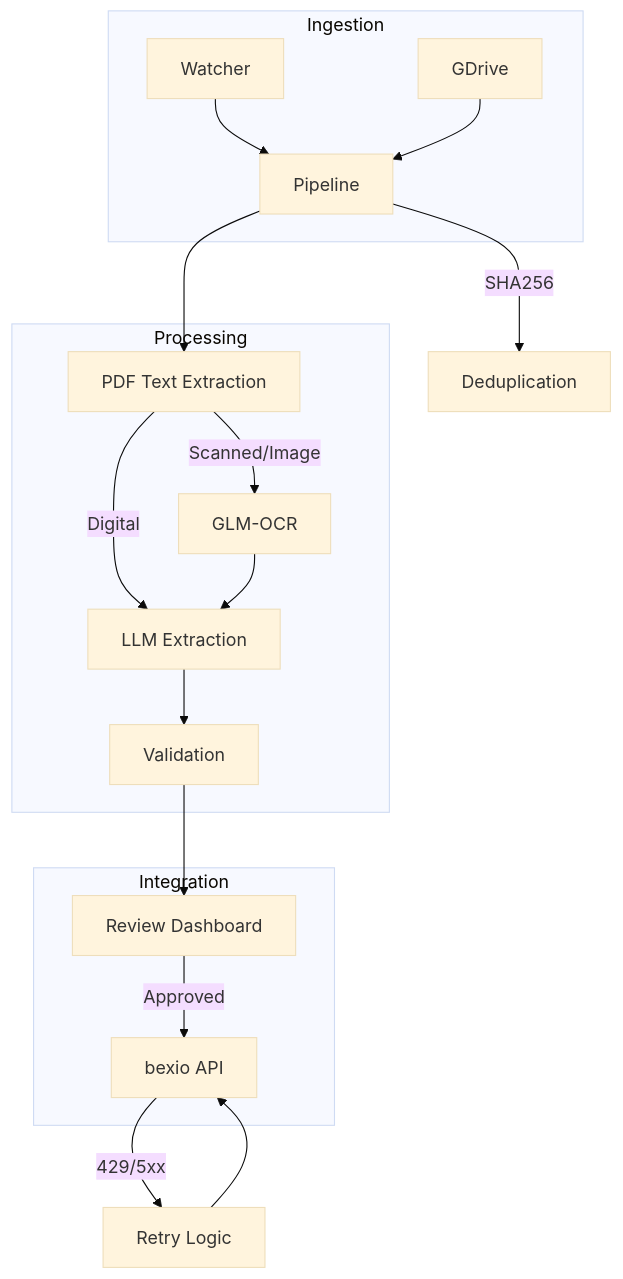
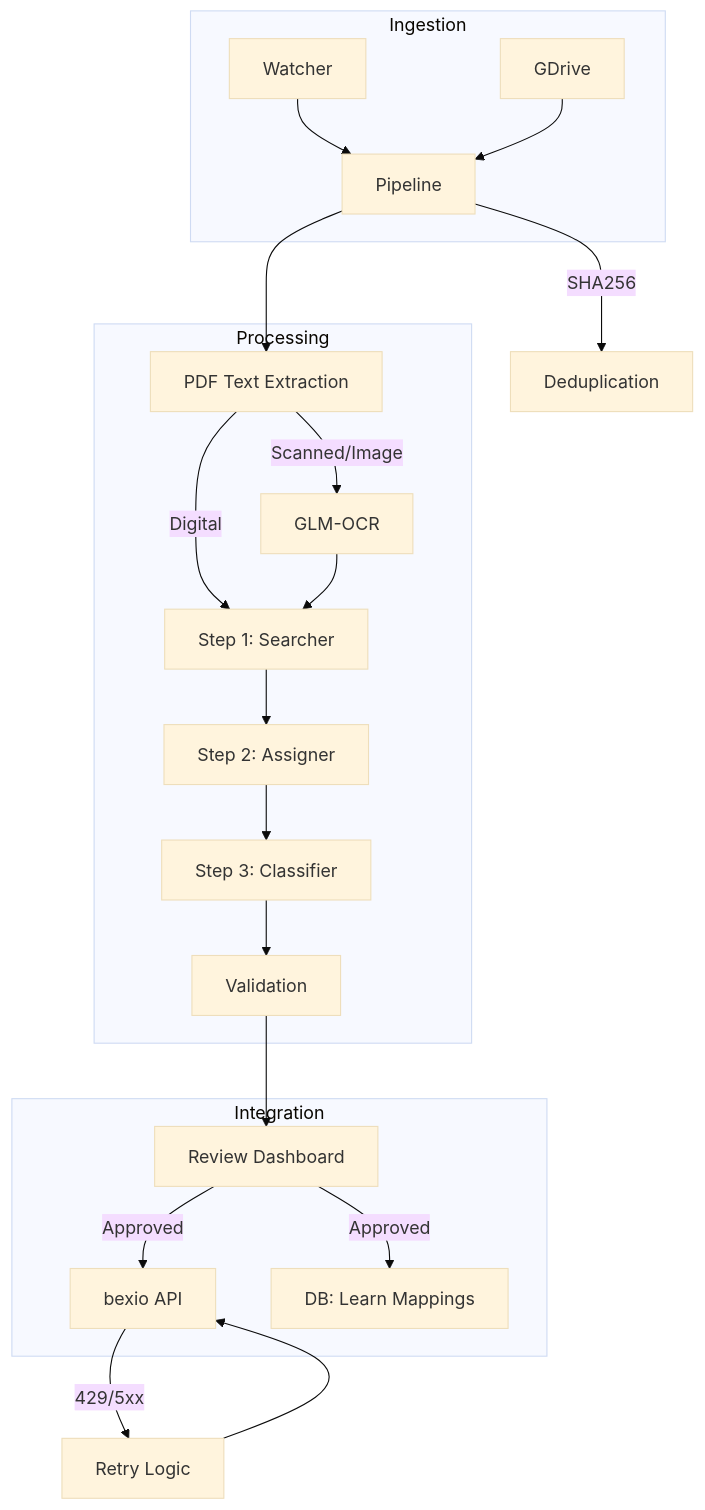
The diagram in README.md (tazztone/bexio-receipts), drawn with Mermaid (base theme) before and after one commit. The commit also changed other lines of this file and 5 other files, not shown here.

````diff
--- a/README.md
+++ b/README.md
@@ -61,24 +65,27 @@
 ```mermaid
 graph TD
     subgraph Ingestion
         FW["Watcher"] --> P["Pipeline"]
         GD["GDrive"] --> P
     end
 
     subgraph Processing
         P --> PDF["PDF Text Extraction"]
         PDF -- Scanned/Image --> OCR["GLM-OCR"]
-        PDF -- Digital --> LLM
-        OCR --> LLM["LLM Extraction"]
-        LLM --> VAL["Validation"]
+        PDF -- Digital --> LLM_S1[Step 1: Searcher]
+        OCR --> LLM_S1
+        LLM_S1 --> LLM_S2[Step 2: Assigner]
+        LLM_S2 --> LLM_S3[Step 3: Classifier]
+        LLM_S3 --> VAL["Validation"]
     end
 
     subgraph Integration
         VAL --> RD["Review Dashboard"]
         RD -- Approved --> BEX["bexio API"]
+        RD -- Approved --> DB_Learn[DB: Learn Mappings]
     end
 
     BEX -- 429/5xx --> Retry["Retry Logic"]
     Retry --> BEX
     P -- SHA256 --> DB["Deduplication"]
 ```
````
